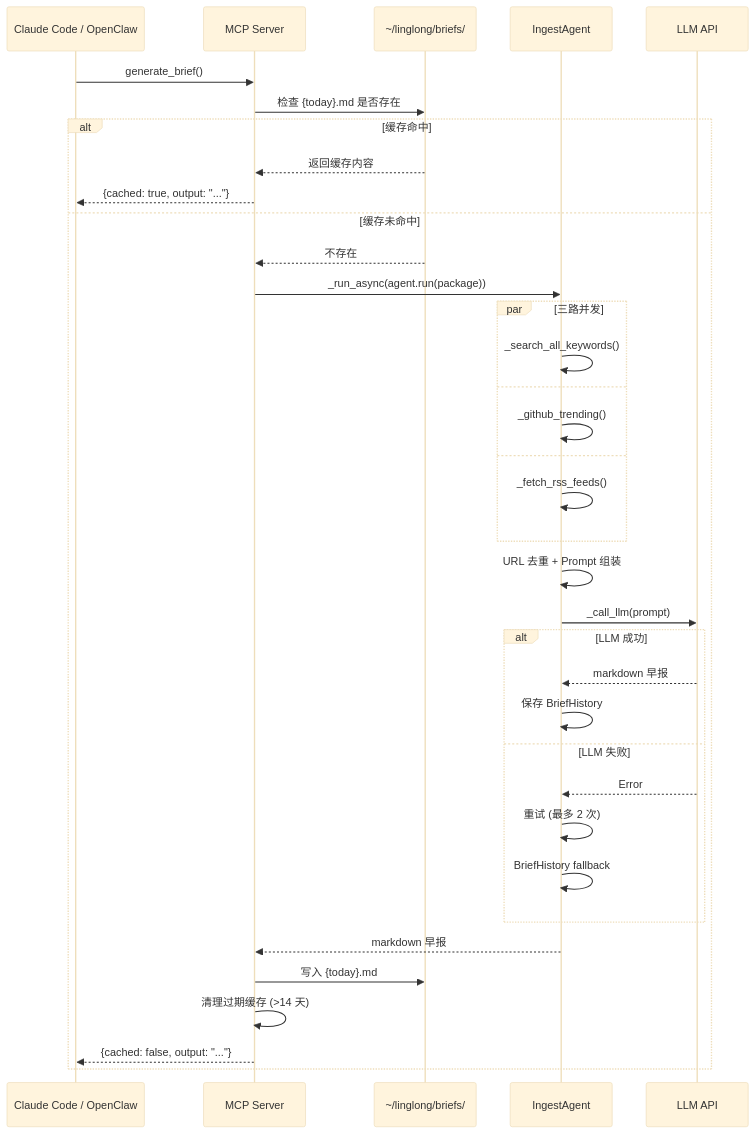
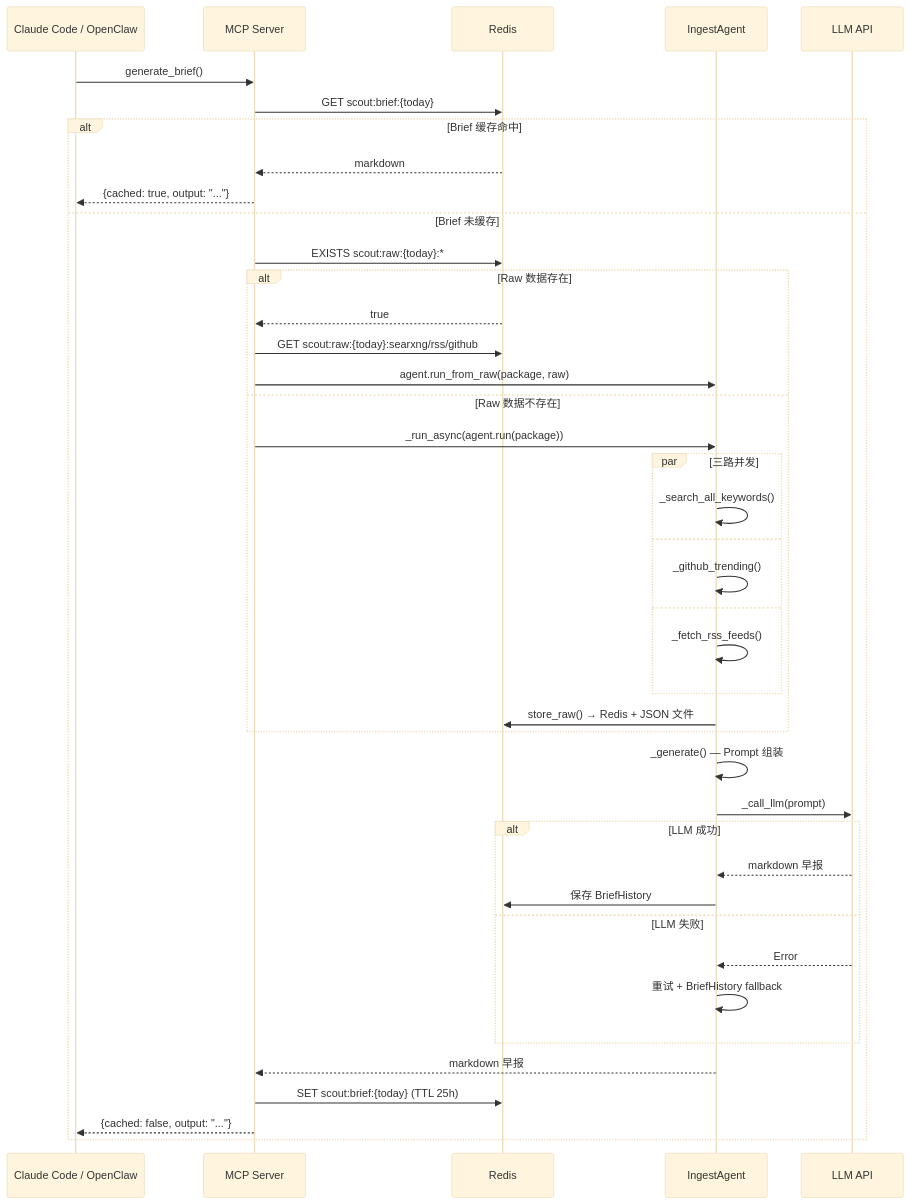
One commit to xinovate/linglong-scout changed the second of 2 diagrams in docs/design/02-agent-pipeline.md. Above: the diagram before and after it, drawn with Mermaid (base theme). The commit also changed other lines of this file and 3 other files, not shown here.

First line of the commit message:
docs: 更新架构图/流程图/组件表，补充文档检查清单

````diff
--- a/docs/design/02-agent-pipeline.md
+++ b/docs/design/02-agent-pipeline.md
@@ -69,45 +73,50 @@
 ```mermaid
 sequenceDiagram
     participant Agent as Claude Code / OpenClaw
     participant MCP as MCP Server
-    participant Cache as ~/linglong/briefs/
+    participant Redis as Redis
     participant AgentCore as IngestAgent
     participant LLM as LLM API
 
     Agent->>MCP: generate_brief()
 
-    MCP->>Cache: 检查 {today}.md 是否存在
-    alt 缓存命中
-        Cache-->>MCP: 返回缓存内容
+    MCP->>Redis: GET scout:brief:{today}
+    alt Brief 缓存命中
+        Redis-->>MCP: markdown
         MCP-->>Agent: {cached: true, output: "..."}
-    else 缓存未命中
-        Cache-->>MCP: 不存在
+    else Brief 未缓存
+        MCP->>Redis: EXISTS scout:raw:{today}:*
+        alt Raw 数据存在
+            Redis-->>MCP: true
+            MCP->>Redis: GET scout:raw:{today}:searxng/rss/github
+            MCP->>AgentCore: agent.run_from_raw(package, raw)
+        else Raw 数据不存在
+            MCP->>AgentCore: _run_async(agent.run(package))
 
-        MCP->>AgentCore: _run_async(agent.run(package))
+            par 三路并发
+                AgentCore->>AgentCore: _search_all_keywords()
+            and
+                AgentCore->>AgentCore: _github_trending()
+            and
+                AgentCore->>AgentCore: _fetch_rss_feeds()
+            end
 
-        par 三路并发
-            AgentCore->>AgentCore: _search_all_keywords()
-        and
-            AgentCore->>AgentCore: _github_trending()
-        and
-            AgentCore->>AgentCore: _fetch_rss_feeds()
+            AgentCore->>Redis: store_raw() → Redis + JSON 文件
         end
 
-        AgentCore->>AgentCore: URL 去重 + Prompt 组装
+        AgentCore->>AgentCore: _generate() — Prompt 组装
         AgentCore->>LLM: _call_llm(prompt)
 
         alt LLM 成功
             LLM-->>AgentCore: markdown 早报
-            AgentCore->>AgentCore: 保存 BriefHistory
+            AgentCore->>Redis: 保存 BriefHistory
         else LLM 失败
             LLM-->>AgentCore: Error
-            AgentCore->>AgentCore: 重试 (最多 2 次)
-            AgentCore->>AgentCore: BriefHistory fallback
+            AgentCore->>AgentCore: 重试 + BriefHistory fallback
         end
 
         AgentCore-->>MCP: markdown 早报
-        MCP->>Cache: 写入 {today}.md
-        MCP->>MCP: 清理过期缓存 (>14 天)
+        MCP->>Redis: SET scout:brief:{today} (TTL 25h)
         MCP-->>Agent: {cached: false, output: "..."}
     end
 ```
````
